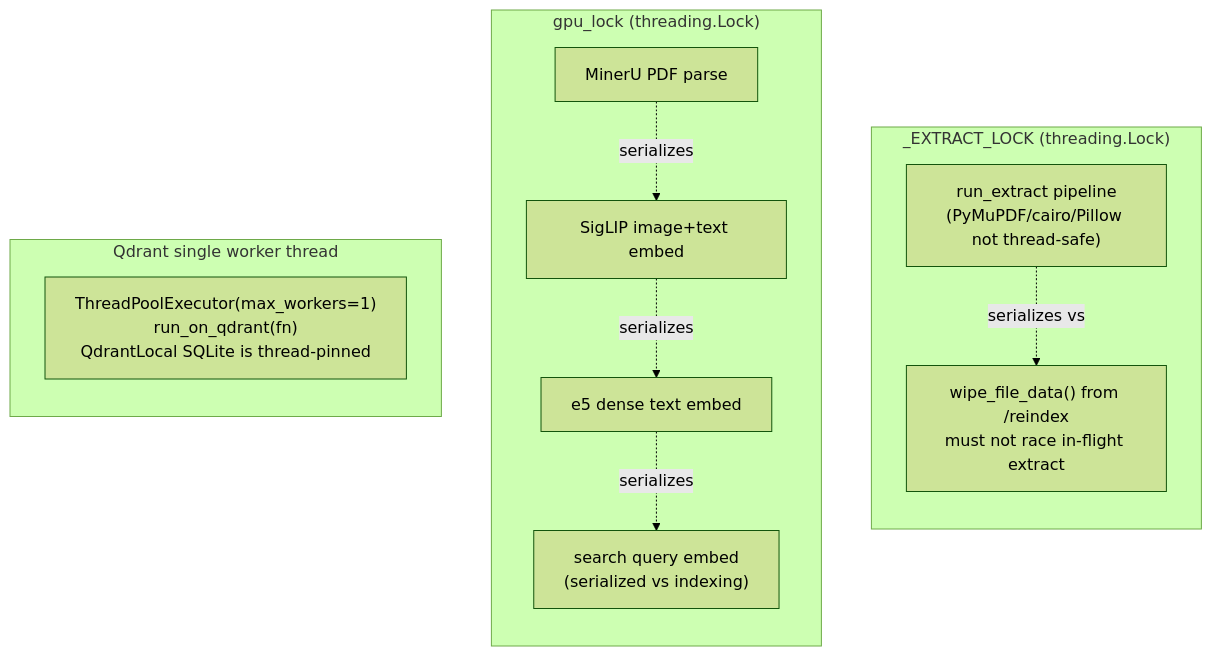
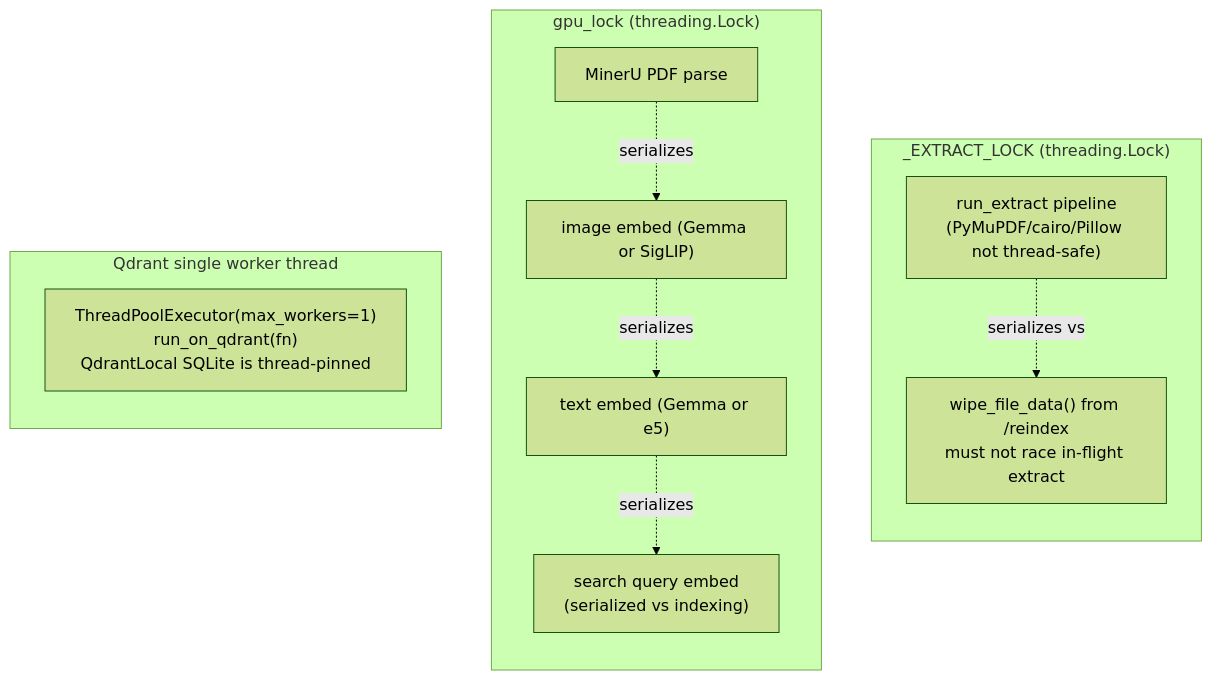
One commit to voitta-ai/voitta-rag-enterprise changed diagram 20 of 23 in docs/OPERATIONS.md. Above: the diagram before and after it, drawn with Mermaid (forest theme). The commit also changed other lines of this file and 47 other files, not shown here.

````diff
--- a/docs/OPERATIONS.md
+++ b/docs/OPERATIONS.md
@@ -1700,24 +1772,24 @@
 ```mermaid
 flowchart TB
     subgraph extract["_EXTRACT_LOCK (threading.Lock)"]
         direction TB
         EX["run_extract pipeline<br/>(PyMuPDF/cairo/Pillow not thread-safe)"]
         WIPE["wipe_file_data() from /reindex<br/>must not race in-flight extract"]
     end
 
     subgraph gpu["gpu_lock (threading.Lock)"]
         direction TB
         MIN["MinerU PDF parse"]
-        SIG["SigLIP image+text embed"]
-        E5["e5 dense text embed"]
+        SIG["image embed (Gemma or SigLIP)"]
+        E5["text embed (Gemma or e5)"]
         SRCH["search query embed<br/>(serialized vs indexing)"]
     end
 
     subgraph qd["Qdrant single worker thread"]
         direction TB
         QW["ThreadPoolExecutor(max_workers=1)<br/>run_on_qdrant(fn)<br/>QdrantLocal SQLite is thread-pinned"]
     end
 
     EX -.serializes vs.-> WIPE
     MIN -.serializes.-> SIG -.serializes.-> E5 -.serializes.-> SRCH
 ```
````
